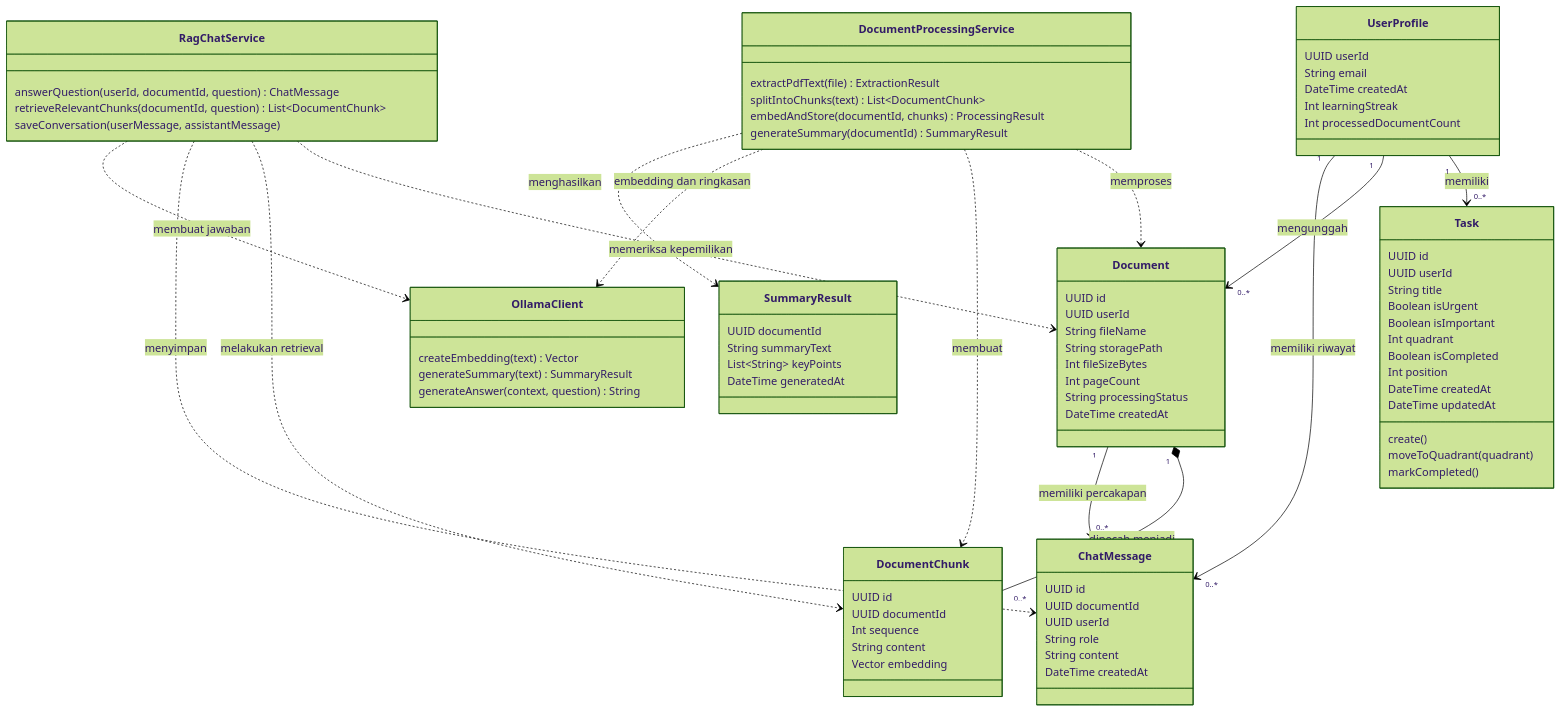
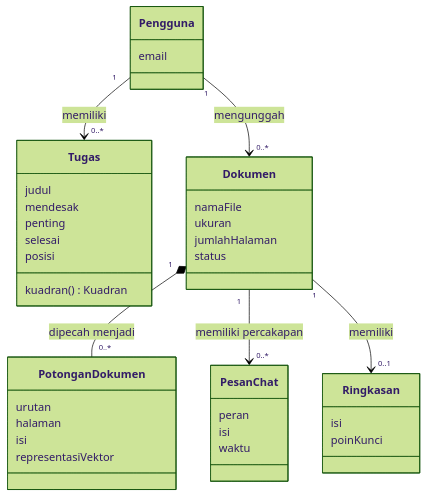
Before and after one commit to athllhrja/pahamin: the second of 2 diagrams in docs/SKPL.md, drawn with Mermaid (forest theme). The commit also changed other lines of this file, not shown here.

````diff
--- a/docs/SKPL.md
+++ b/docs/SKPL.md
@@ -235,94 +381,41 @@
 ```mermaid
 classDiagram
-    class UserProfile {
-        UUID userId
-        String email
-        DateTime createdAt
-        Int learningStreak
-        Int processedDocumentCount
+    class Pengguna {
+        email
+    }
+    class Tugas {
+        judul
+        mendesak
+        penting
+        selesai
+        posisi
+        kuadran() Kuadran
+    }
+    class Dokumen {
+        namaFile
+        ukuran
+        jumlahHalaman
+        status
+    }
+    class PotonganDokumen {
+        urutan
+        halaman
+        isi
+        representasiVektor
+    }
+    class PesanChat {
+        peran
+        isi
+        waktu
+    }
+    class Ringkasan {
+        isi
+        poinKunci
     }
 
-    class Task {
-        UUID id
-        UUID userId
-        String title
-        Boolean isUrgent
-        Boolean isImportant
-        Int quadrant
-        Boolean isCompleted
-        Int position
-        DateTime createdAt
-        DateTime updatedAt
-        create()
-        moveToQuadrant(quadrant)
-        markCompleted()
-    }
-
-    class Document {
-        UUID id
-        UUID userId
-        String fileName
-        String storagePath
-        Int fileSizeBytes
-        Int pageCount
-        String processingStatus
-        DateTime createdAt
-    }
-
-    class DocumentChunk {
-        UUID id
-        UUID documentId
-        Int sequence
-        String content
-        Vector embedding
-    }
-
-    class ChatMessage {
-        UUID id
-        UUID documentId
-        UUID userId
-        String role
-        String content
-        DateTime createdAt
-    }
-
-    class SummaryResult {
-        UUID documentId
-        String summaryText
-        List~String~ keyPoints
-        DateTime generatedAt
-    }
-
-    class DocumentProcessingService {
-        extractPdfText(file) ExtractionResult
-        splitIntoChunks(text) List~DocumentChunk~
-        embedAndStore(documentId, chunks) ProcessingResult
-        generateSummary(documentId) SummaryResult
-    }
-
-    class RagChatService {
-        answerQuestion(userId, documentId, question) ChatMessage
-        retrieveRelevantChunks(documentId, question) List~DocumentChunk~
-        saveConversation(userMessage, assistantMessage)
-    }
-
-    class OllamaClient {
-        createEmbedding(text) Vector
-        generateSummary(text) SummaryResult
-        generateAnswer(context, question) String
-    }
-
-    UserProfile "1" --> "0..*" Task : memiliki
-    UserProfile "1" --> "0..*" Document : mengunggah
-    UserProfile "1" --> "0..*" ChatMessage : memiliki riwayat
-    Document "1" *-- "0..*" DocumentChunk : dipecah menjadi
-    Document "1" --> "0..*" ChatMessage : memiliki percakapan
-    DocumentProcessingService ..> Document : memproses
-    DocumentProcessingService ..> DocumentChunk : membuat
-    DocumentProcessingService ..> OllamaClient : embedding dan ringkasan
-    RagChatService ..> Document : memeriksa kepemilikan
-    RagChatService ..> DocumentChunk : melakukan retrieval
-    RagChatService ..> ChatMessage : menyimpan
-    RagChatService ..> OllamaClient : membuat jawaban
-    DocumentProcessingService ..> SummaryResult : menghasilkan
+    Pengguna "1" --> "0..*" Tugas : memiliki
+    Pengguna "1" --> "0..*" Dokumen : mengunggah
+    Dokumen "1" *-- "0..*" PotonganDokumen : dipecah menjadi
+    Dokumen "1" --> "0..*" PesanChat : memiliki percakapan
+    Dokumen "1" --> "0..1" Ringkasan : memiliki
 ```
````
